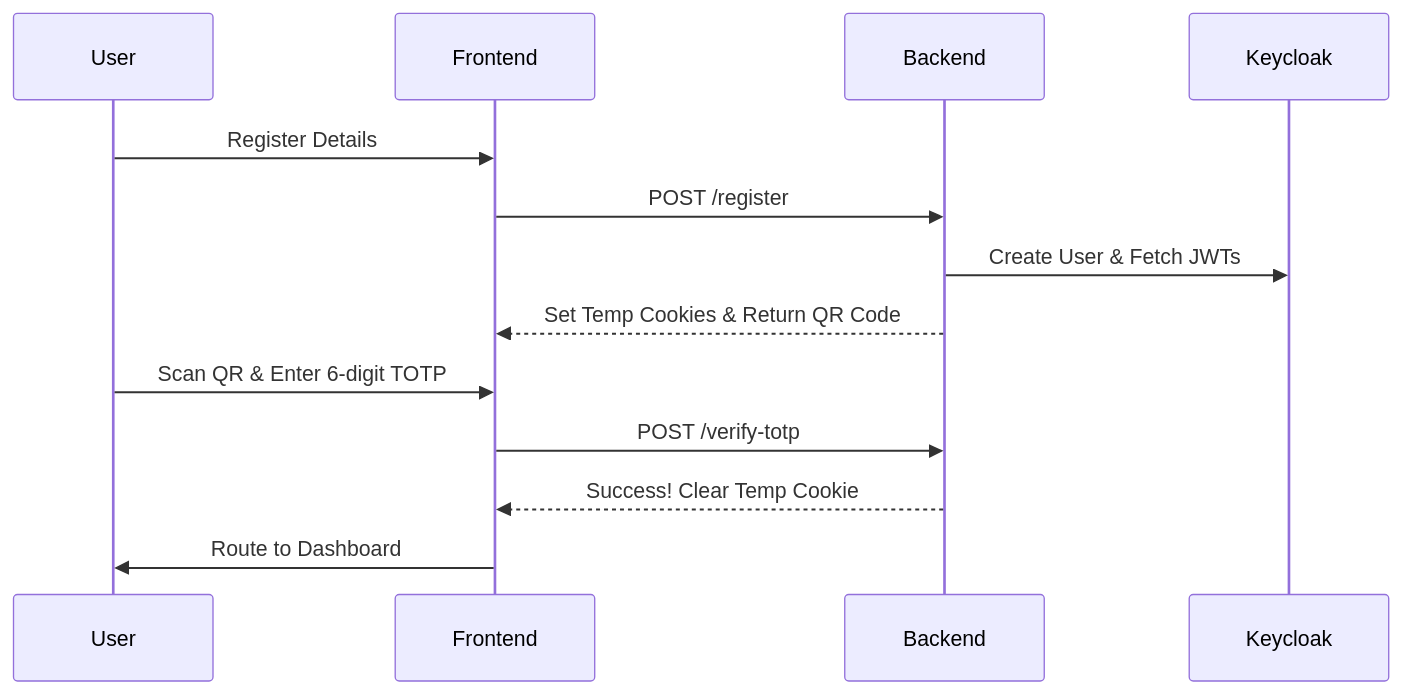
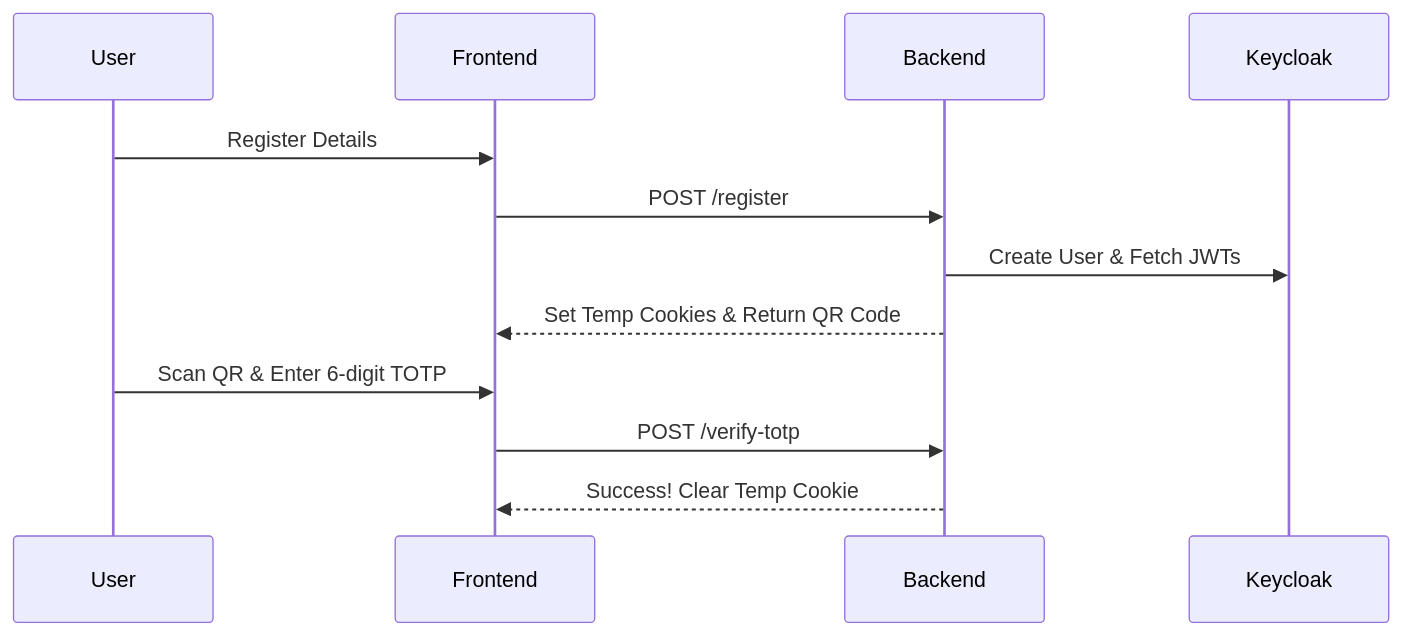
Before and after one commit to AmanSingh-24/Vendor-Hiring-Manager-Contract-Management-Module: the first of 2 diagrams in README.md, drawn with Mermaid. The commit also changed other lines of this file and 20 other files, not shown here.

````diff
--- a/README.md
+++ b/README.md
@@ -110,16 +114,21 @@
 ```mermaid
 sequenceDiagram
     participant User
     participant Frontend
     participant Backend
     participant Keycloak
     
     User->>Frontend: Register Details
+    
     Frontend->>Backend: POST /register
+    
     Backend->>Keycloak: Create User & Fetch JWTs
+    
     Backend-->>Frontend: Set Temp Cookies & Return QR Code
+    
     User->>Frontend: Scan QR & Enter 6-digit TOTP
+    
     Frontend->>Backend: POST /verify-totp
+    
     Backend-->>Frontend: Success! Clear Temp Cookie
-    Frontend->>User: Route to Dashboard
 ```
````
